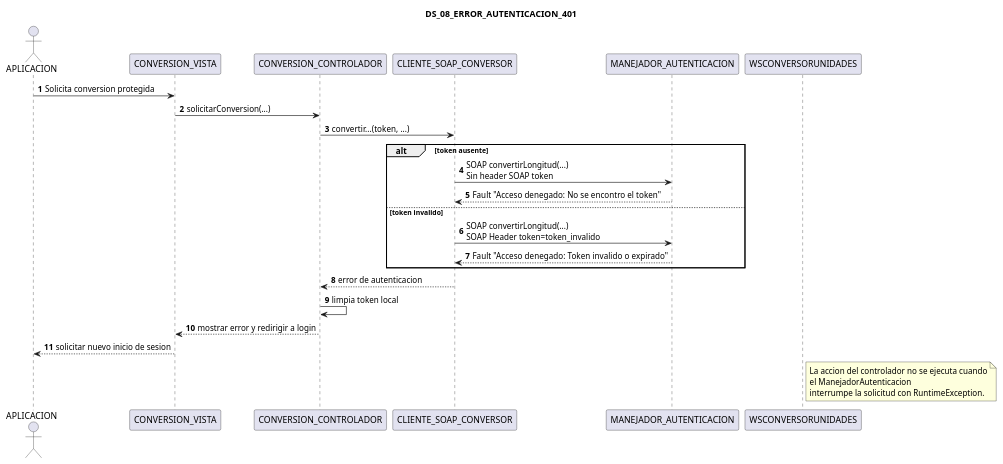
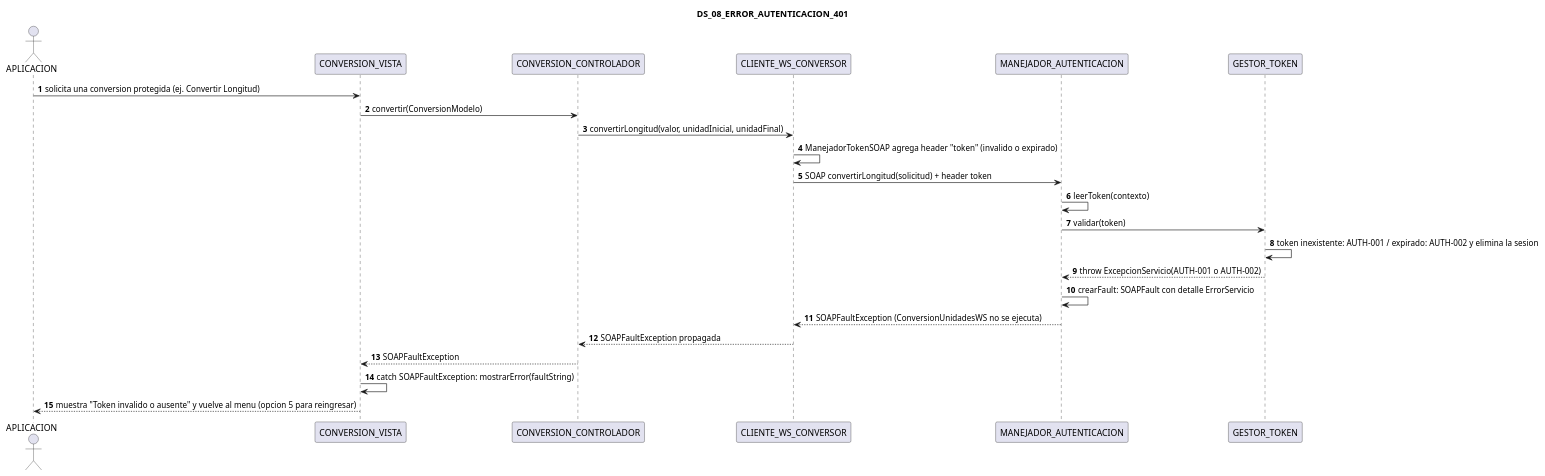
The diagram in TI.1.1. PAO202651_SOAP_JAVA_SINBDD_NRC36884_GR03/01. UML/03 DIAGRAMAS/03_SECUENCIA/DS_08_ERROR_AUTENTICACION_401.puml (Teo344/Arquitectura_GRUPO03), drawn with PlantUML before and after one commit. The commit also changed other lines of this file and 104 other files, not shown here.

Commit message:
Modificacion y Mejora de los diagramas

```diff
--- a/TI.1.1. PAO202651_SOAP_JAVA_SINBDD_NRC36884_GR03/01. UML/03 DIAGRAMAS/03_SECUENCIA/DS_08_ERROR_AUTENTICACION_401.puml
+++ b/TI.1.1. PAO202651_SOAP_JAVA_SINBDD_NRC36884_GR03/01. UML/03 DIAGRAMAS/03_SECUENCIA/DS_08_ERROR_AUTENTICACION_401.puml
@@ -1,35 +1,28 @@
 @startuml
 title "DS_08_ERROR_AUTENTICACION_401"
 autonumber
 
-actor "APLICACION" as Aplicacion
-participant "CONVERSION_VISTA" as ConversionVista
-participant "CONVERSION_CONTROLADOR" as ConversionControlador
-participant "CLIENTE_SOAP_CONVERSOR" as ClienteSoap
-participant "MANEJADOR_AUTENTICACION" as ManejadorAutenticacion
-participant "WSCONVERSORUNIDADES" as WSConversorUnidades
+actor "APLICACION" as APLICACION
+participant "CONVERSION_VISTA" as CONVERSION_VISTA
+participant "CONVERSION_CONTROLADOR" as CONVERSION_CONTROLADOR
+participant "CLIENTE_WS_CONVERSOR" as CLIENTE_WS_CONVERSOR
+participant "MANEJADOR_AUTENTICACION" as MANEJADOR_AUTENTICACION
+participant "GESTOR_TOKEN" as GESTOR_TOKEN
 
-Aplicacion -> ConversionVista: Solicita conversion protegida
-ConversionVista -> ConversionControlador: solicitarConversion(...)
-ConversionControlador -> ClienteSoap: convertir...(token, ...)
-
-alt token ausente
-    ClienteSoap -> ManejadorAutenticacion: SOAP convertirLongitud(...)\nSin header SOAP token
-    ManejadorAutenticacion --> ClienteSoap: Fault "Acceso denegado: No se encontro el token"
-else token invalido
-    ClienteSoap -> ManejadorAutenticacion: SOAP convertirLongitud(...)\nSOAP Header token=token_invalido
-    ManejadorAutenticacion --> ClienteSoap: Fault "Acceso denegado: Token invalido o expirado"
-end
-
-ClienteSoap --> ConversionControlador: error de autenticacion
-ConversionControlador -> ConversionControlador: limpia token local
-ConversionControlador --> ConversionVista: mostrar error y redirigir a login
-ConversionVista --> Aplicacion: solicitar nuevo inicio de sesion
-
-note right of WSConversorUnidades
-La accion del controlador no se ejecuta cuando
-el ManejadorAutenticacion
-interrumpe la solicitud con RuntimeException.
-end note
+APLICACION -> CONVERSION_VISTA: solicita una conversion protegida (ej. Convertir Longitud)
+CONVERSION_VISTA -> CONVERSION_CONTROLADOR: convertir(ConversionModelo)
+CONVERSION_CONTROLADOR -> CLIENTE_WS_CONVERSOR: convertirLongitud(valor, unidadInicial, unidadFinal)
+CLIENTE_WS_CONVERSOR -> CLIENTE_WS_CONVERSOR: ManejadorTokenSOAP agrega header "token" (invalido o expirado)
+CLIENTE_WS_CONVERSOR -> MANEJADOR_AUTENTICACION: SOAP convertirLongitud(solicitud) + header token
+MANEJADOR_AUTENTICACION -> MANEJADOR_AUTENTICACION: leerToken(contexto)
+MANEJADOR_AUTENTICACION -> GESTOR_TOKEN: validar(token)
+GESTOR_TOKEN -> GESTOR_TOKEN: token inexistente: AUTH-001 / expirado: AUTH-002 y elimina la sesion
+GESTOR_TOKEN --> MANEJADOR_AUTENTICACION: throw ExcepcionServicio(AUTH-001 o AUTH-002)
+MANEJADOR_AUTENTICACION -> MANEJADOR_AUTENTICACION: crearFault: SOAPFault con detalle ErrorServicio
+MANEJADOR_AUTENTICACION --> CLIENTE_WS_CONVERSOR: SOAPFaultException (ConversionUnidadesWS no se ejecuta)
+CLIENTE_WS_CONVERSOR --> CONVERSION_CONTROLADOR: SOAPFaultException propagada
+CONVERSION_CONTROLADOR --> CONVERSION_VISTA: SOAPFaultException
+CONVERSION_VISTA -> CONVERSION_VISTA: catch SOAPFaultException: mostrarError(faultString)
+CONVERSION_VISTA --> APLICACION: muestra "Token invalido o ausente" y vuelve al menu (opcion 5 para reingresar)
 
 @enduml
```
